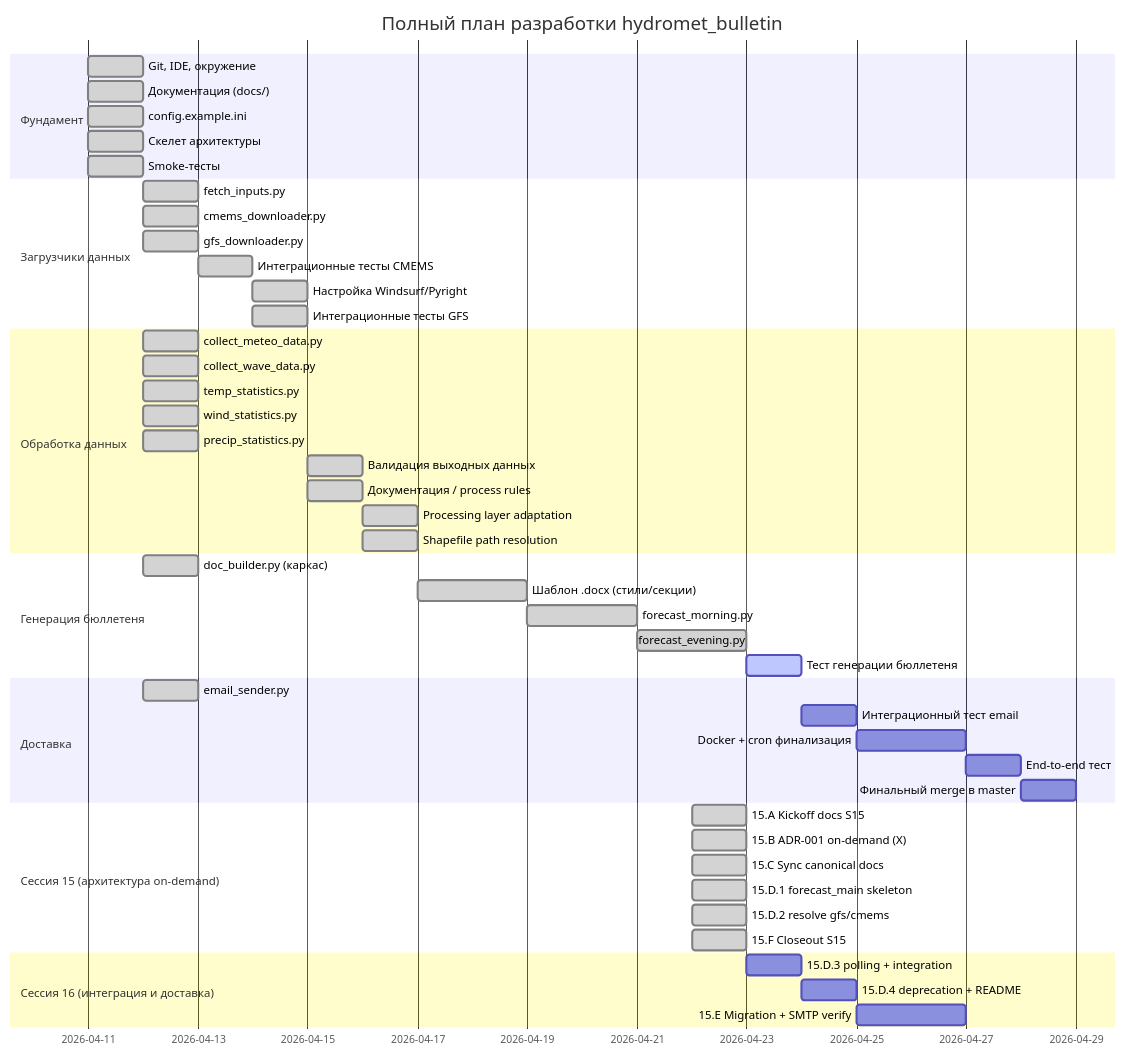
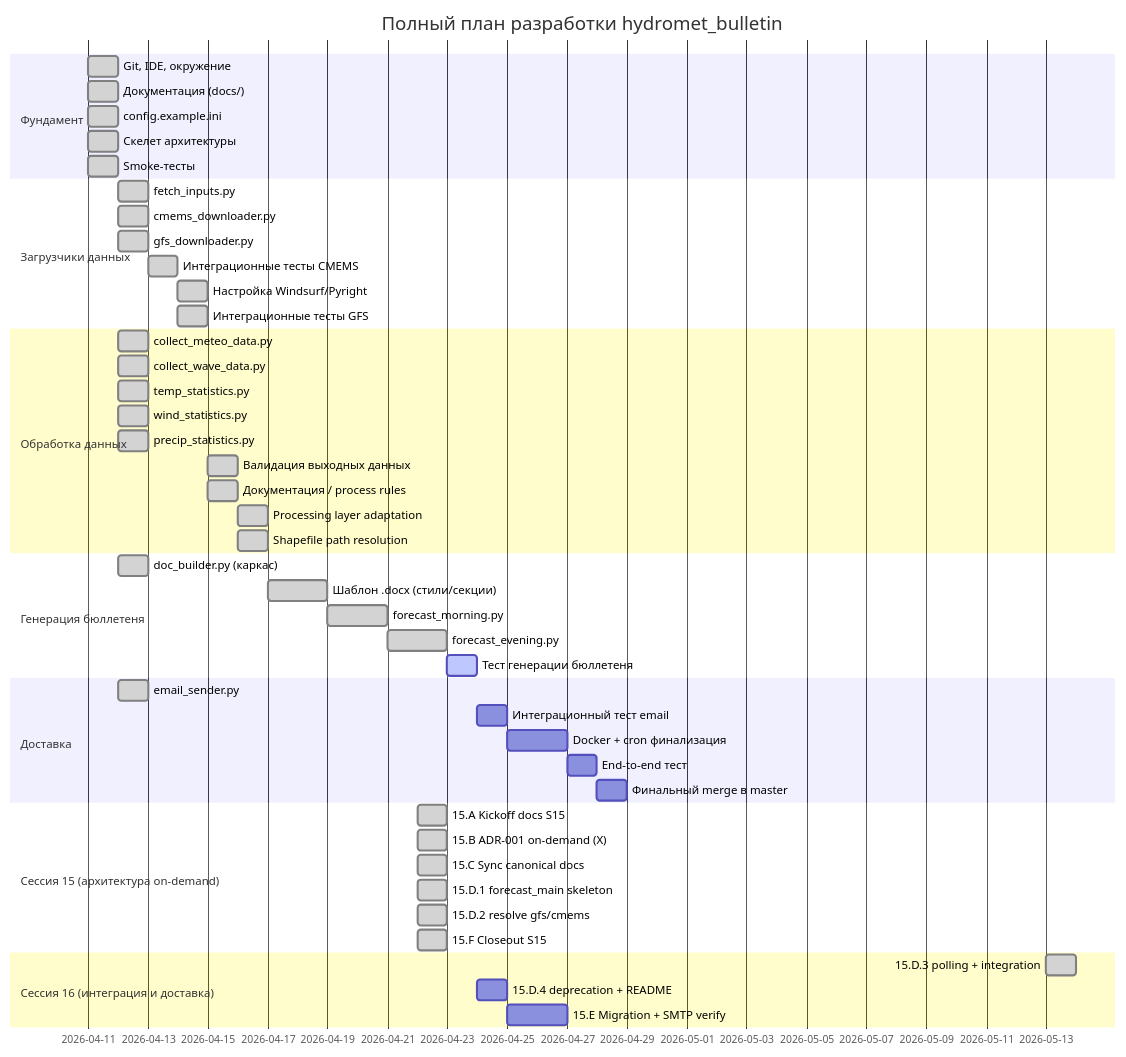
One commit to zubkovfpk/hydromet_bulletin changed the first of 3 diagrams in docs/project_progress.md. Above: the diagram before and after it, drawn with Mermaid. The commit also changed other lines of this file and 1 other file, not shown here.

````diff
--- a/docs/project_progress.md
+++ b/docs/project_progress.md
@@ -5,51 +5,51 @@
 ```mermaid
 gantt
     title Полный план разработки hydromet_bulletin
     dateFormat YYYY-MM-DD
     section Фундамент
     Git, IDE, окружение          :done, 2026-04-11, 1d
     Документация (docs/)         :done, 2026-04-11, 1d
     config.example.ini           :done, 2026-04-11, 1d
     Скелет архитектуры           :done, 2026-04-11, 1d
     Smoke-тесты                  :done, 2026-04-11, 1d
     section Загрузчики данных
     fetch_inputs.py              :done, 2026-04-12, 1d
     cmems_downloader.py          :done, 2026-04-12, 1d
     gfs_downloader.py            :done, 2026-04-12, 1d
     Интеграционные тесты CMEMS   :done, 2026-04-13, 1d
     Настройка Windsurf/Pyright   :done, 2026-04-14, 1d
     Интеграционные тесты GFS     :done, 2026-04-14, 1d
     section Обработка данных
     collect_meteo_data.py        :done, 2026-04-12, 1d
     collect_wave_data.py         :done, 2026-04-12, 1d
     temp_statistics.py           :done, 2026-04-12, 1d
     wind_statistics.py           :done, 2026-04-12, 1d
     precip_statistics.py         :done, 2026-04-12, 1d
     Валидация выходных данных    :done, 2026-04-15, 1d
     Документация / process rules :done, 2026-04-15, 1d
     Processing layer adaptation  :done, 2026-04-16, 1d
     Shapefile path resolution    :done, 2026-04-16, 1d
     section Генерация бюллетеня
     doc_builder.py (каркас)      :done, 2026-04-12, 1d
     Шаблон .docx (стили/секции) :done, 2026-04-17, 2d
     forecast_morning.py          :done, 2026-04-19, 2d
     forecast_evening.py          :done, 2026-04-21, 2d
     Тест генерации бюллетеня     :active, 2026-04-23, 1d
     section Доставка
     email_sender.py              :done, 2026-04-12, 1d
     Интеграционный тест email    :2026-04-24, 1d
     Docker + cron финализация    :2026-04-25, 2d
     End-to-end тест              :2026-04-27, 1d
     Финальный merge в master     :2026-04-28, 1d
     section Сессия 15 (архитектура on-demand)
     15.A Kickoff docs S15            :done, 2026-04-22, 1d
     15.B ADR-001 on-demand (X)       :done, 2026-04-22, 1d
     15.C Sync canonical docs         :done, 2026-04-22, 1d
     15.D.1 forecast_main skeleton    :done, 2026-04-22, 1d
     15.D.2 resolve gfs/cmems         :done, 2026-04-22, 1d
     15.F Closeout S15                :done, 2026-04-22, 1d
     section Сессия 16 (интеграция и доставка)
-    15.D.3 polling + integration     :2026-04-23, 1d
+    15.D.3 polling + integration     :done, 2026-05-13, 1d
     15.D.4 deprecation + README      :2026-04-24, 1d
     15.E Migration + SMTP verify     :2026-04-25, 2d
 ```
````
